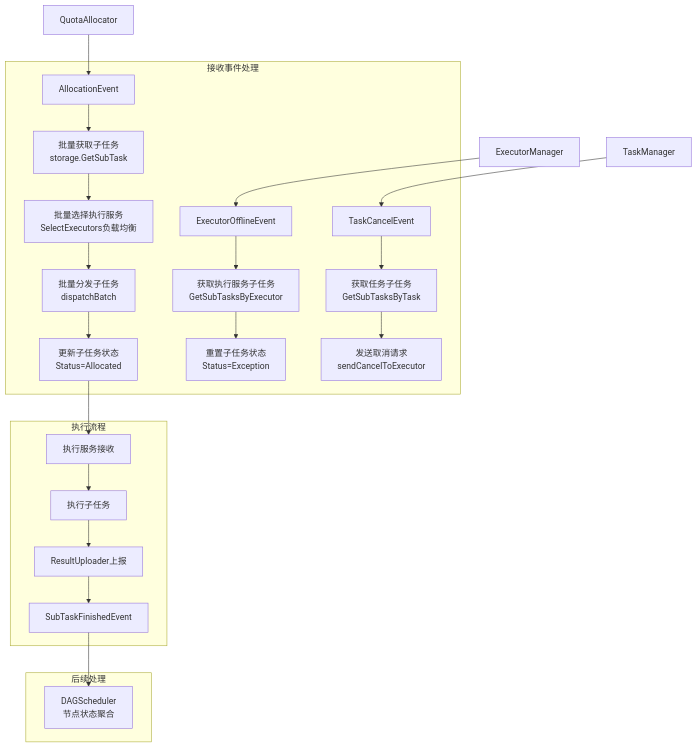
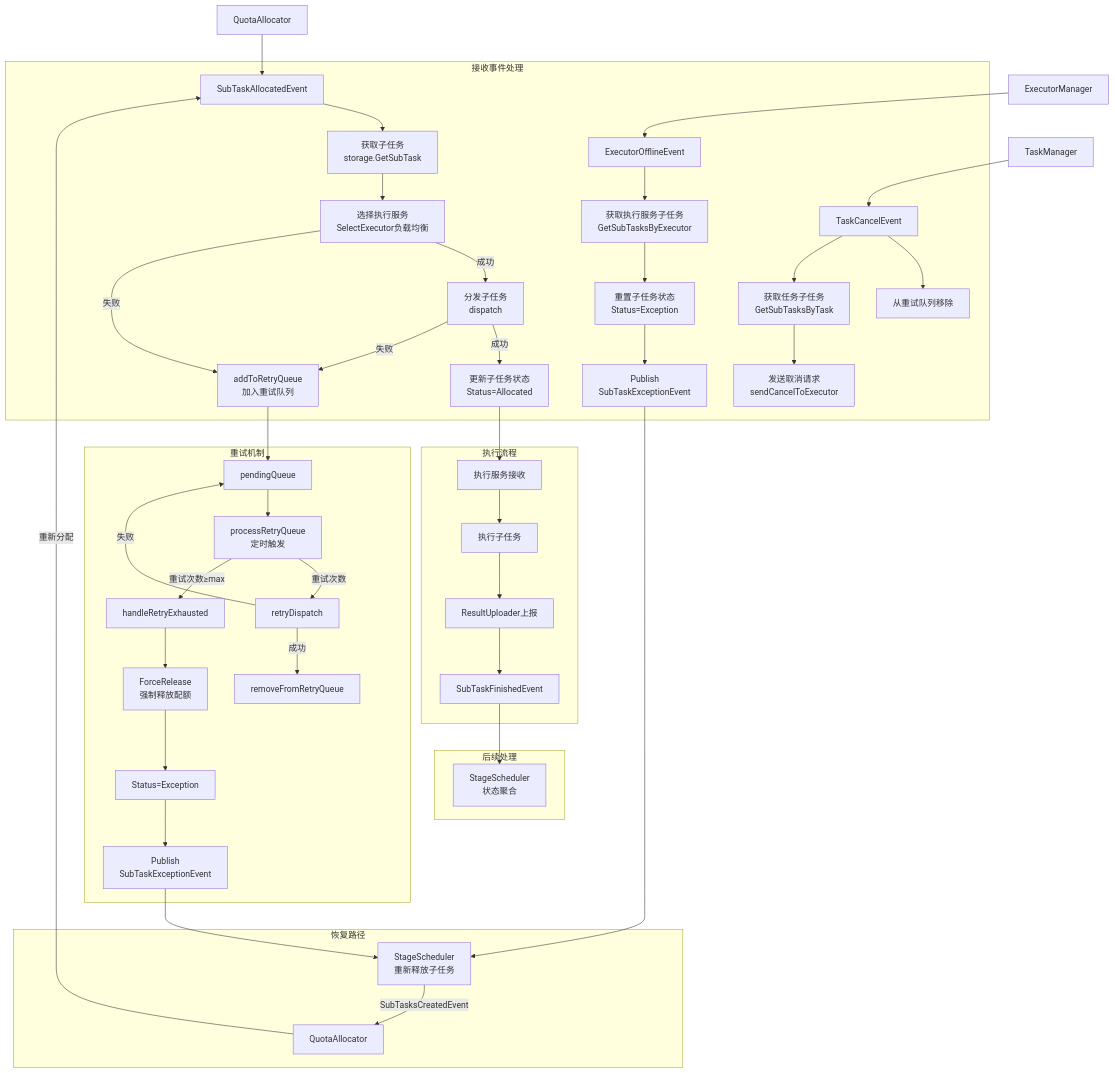
Before and after one commit to njuxumq/agent-eval-server: the third of 3 diagrams in docs/designs/details/scheduler/子任务分发器设计.md, drawn with Mermaid. The commit also changed other lines of this file and 15 other files, not shown here.

````diff
--- a/docs/designs/details/scheduler/子任务分发器设计.md
+++ b/docs/designs/details/scheduler/子任务分发器设计.md
@@ -487,30 +742,53 @@
 ```mermaid
 flowchart TB
     subgraph 接收事件处理
-        AE[AllocationEvent] --> BST[批量获取子任务<br/>storage.GetSubTask]
-        BST --> BSE[批量选择执行服务<br/>SelectExecutors负载均衡]
-        BSE --> BD[批量分发子任务<br/>dispatchBatch]
-        BD --> USS[更新子任务状态<br/>Status=Allocated]
-
+        SAE[SubTaskAllocatedEvent] --> GST[获取子任务<br/>storage.GetSubTask]
+        GST --> SE[选择执行服务<br/>SelectExecutor负载均衡]
+        SE -->|"成功"| D[分发子任务<br/>dispatch]
+        D -->|"成功"| USS[更新子任务状态<br/>Status=Allocated]
+        SE -->|"失败"| ARQ[addToRetryQueue<br/>加入重试队列]
+        D -->|"失败"| ARQ
+        
         EOE[ExecutorOfflineEvent] --> GSE[获取执行服务子任务<br/>GetSubTasksByExecutor]
         GSE --> RSE[重置子任务状态<br/>Status=Exception]
-
-        TCE[TaskCancelEvent] --> GST[获取任务子任务<br/>GetSubTasksByTask]
-        GST --> SCE[发送取消请求<br/>sendCancelToExecutor]
+        RSE --> PSE1[Publish<br/>SubTaskExceptionEvent]
+        
+        TCE[TaskCancelEvent] --> RFRQ[从重试队列移除]
+        TCE --> GST2[获取任务子任务<br/>GetSubTasksByTask]
+        GST2 --> SCE[发送取消请求<br/>sendCancelToExecutor]
     end
-
+    
+    subgraph 重试机制
+        ARQ --> PQ[pendingQueue]
+        PQ --> PRQ[processRetryQueue<br/>定时触发]
+        PRQ -->|"重试次数<max"| RD[retryDispatch]
+        RD -->|"成功"| RFR[removeFromRetryQueue]
+        RD -->|"失败"| PQ
+        PRQ -->|"重试次数≥max"| HRE[handleRetryExhausted]
+        HRE --> FR[ForceRelease<br/>强制释放配额]
+        FR --> USX[Status=Exception]
+        USX --> PSE2[Publish<br/>SubTaskExceptionEvent]
+    end
+    
     subgraph 执行流程
         USS --> ES[执行服务接收]
         ES --> EX[执行子任务]
         EX --> RU[ResultUploader上报]
         RU --> STFE[SubTaskFinishedEvent]
     end
-
+    
+    subgraph 恢复路径
+        PSE1 --> SS[StageScheduler<br/>重新释放子任务]
+        PSE2 --> SS
+        SS -->|"SubTasksCreatedEvent"| QA[QuotaAllocator]
+        QA -->|"重新分配"| SAE
+    end
+    
     subgraph 后续处理
-        STFE --> DS[DAGScheduler<br/>节点状态聚合]
+        STFE --> SS2[StageScheduler<br/>状态聚合]
     end
-
-    QA[QuotaAllocator] --> AE
+    
+    QA2[QuotaAllocator] --> SAE
     EM[ExecutorManager] --> EOE
     TM[TaskManager] --> TCE
 ```
````
